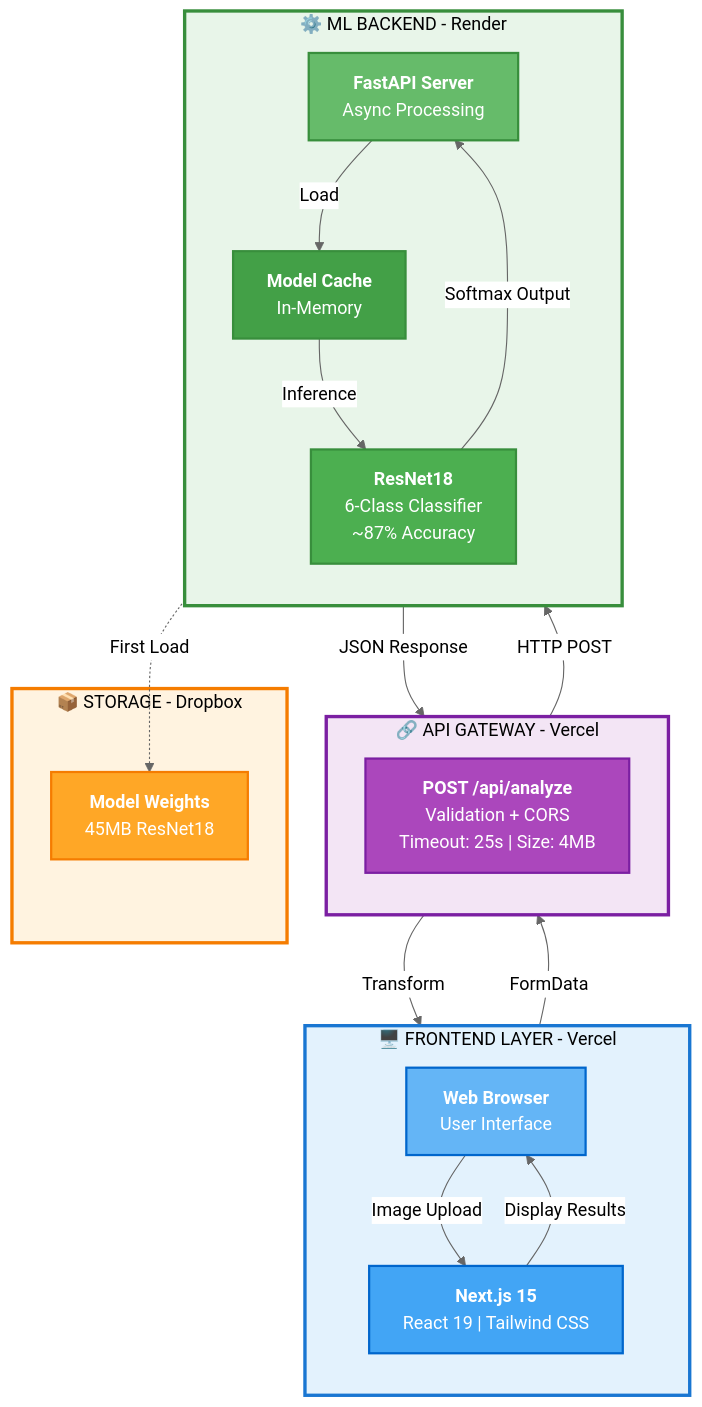
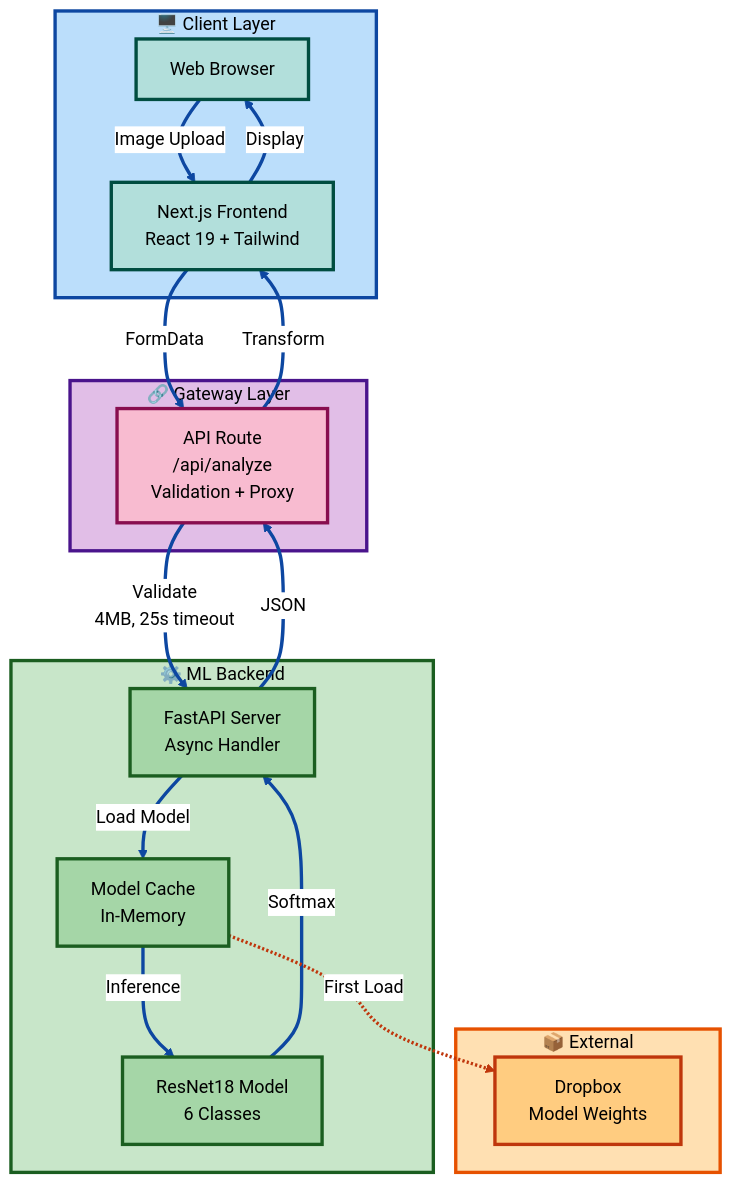
Before and after one commit to itssmdsh/MediScan: the first of 6 diagrams in DOCUMENTATION.md, drawn with Mermaid (neutral theme). The commit also changed other lines of this file, not shown here.

````diff
--- a/DOCUMENTATION.md
+++ b/DOCUMENTATION.md
@@ -82,48 +22,47 @@
 ```mermaid
 graph TB
-    subgraph Frontend["🖥️ FRONTEND LAYER - Vercel"]
-        direction TB
-        A["<b>Web Browser</b><br/>User Interface"]
-        B["<b>Next.js 15</b><br/>React 19 | Tailwind CSS"]
+    subgraph Client["🖥️ Client Layer"]
+        Browser["Web Browser"]
+        UI["Next.js Frontend<br/>React 19 + Tailwind"]
     end
     
-    subgraph Gateway["🔗 API GATEWAY - Vercel"]
-        direction TB
-        C["<b>POST /api/analyze</b><br/>Validation + CORS<br/>Timeout: 25s | Size: 4MB"]
+    subgraph Gateway["🔗 Gateway Layer"]
+        Route["API Route<br/>/api/analyze<br/>Validation + Proxy"]
     end
     
-    subgraph Backend["⚙️ ML BACKEND - Render"]
-        direction TB
-        D["<b>FastAPI Server</b><br/>Async Processing"]
-        E["<b>ResNet18</b><br/>6-Class Classifier<br/>~87% Accuracy"]
-        F["<b>Model Cache</b><br/>In-Memory"]
+    subgraph Backend["⚙️ ML Backend"]
+        FastAPI["FastAPI Server<br/>Async Handler"]
+        Model["ResNet18 Model<br/>6 Classes"]
+        Cache["Model Cache<br/>In-Memory"]
     end
     
-    subgraph Storage["📦 STORAGE - Dropbox"]
-        G["<b>Model Weights</b><br/>45MB ResNet18"]
+    subgraph External["📦 External"]
+        Dropbox["Dropbox<br/>Model Weights"]
     end
     
-    A -->|"Image Upload"| B
-    B -->|"FormData"| C
-    C -->|"HTTP POST"| D
-    D -->|"Load"| F
-    F -->|"Inference"| E
-    E -->|"Softmax Output"| D
-    D -->|"JSON Response"| C
-    C -->|"Transform"| B
-    B -->|"Display Results"| A
-    F -.->|"First Load"| G
+    Browser -->|Image Upload| UI
+    UI -->|FormData| Route
+    Route -->|Validate<br/>4MB, 25s timeout| FastAPI
+    FastAPI -->|Load Model| Cache
+    Cache -->|Inference| Model
+    Model -->|Softmax| FastAPI
+    FastAPI -->|JSON| Route
+    Route -->|Transform| UI
+    UI -->|Display| Browser
+    Cache -.->|First Load| Dropbox
     
-    style Frontend fill:#e3f2fd,stroke:#1976d2,stroke-width:3px,color:#000
-    style Gateway fill:#f3e5f5,stroke:#7b1fa2,stroke-width:3px,color:#000
-    style Backend fill:#e8f5e9,stroke:#388e3c,stroke-width:3px,color:#000
-    style Storage fill:#fff3e0,stroke:#f57c00,stroke-width:3px,color:#000
+    style Client fill:#bbdefb,stroke:#0d47a1,stroke-width:3px,color:#000
+    style Gateway fill:#e1bee7,stroke:#4a148c,stroke-width:3px,color:#000
+    style Backend fill:#c8e6c9,stroke:#1b5e20,stroke-width:3px,color:#000
+    style External fill:#ffe0b2,stroke:#e65100,stroke-width:3px,color:#000
+    style Browser fill:#b2dfdb,stroke:#004d40,stroke-width:3px,color:#000
+    style UI fill:#b2dfdb,stroke:#004d40,stroke-width:3px,color:#000
+    style Route fill:#f8bbd0,stroke:#880e4f,stroke-width:3px,color:#000
+    style FastAPI fill:#a5d6a7,stroke:#1b5e20,stroke-width:3px,color:#000
+    style Model fill:#a5d6a7,stroke:#1b5e20,stroke-width:3px,color:#000
+    style Cache fill:#a5d6a7,stroke:#1b5e20,stroke-width:3px,color:#000
+    style Dropbox fill:#ffcc80,stroke:#bf360c,stroke-width:3px,color:#000
     
-    style A fill:#64b5f6,stroke:#0066cc,stroke-width:2px,color:#fff
-    style B fill:#42a5f5,stroke:#0066cc,stroke-width:2px,color:#fff
-    style C fill:#ab47bc,stroke:#7b1fa2,stroke-width:2px,color:#fff
-    style D fill:#66bb6a,stroke:#388e3c,stroke-width:2px,color:#fff
-    style E fill:#4caf50,stroke:#388e3c,stroke-width:2px,color:#fff
-    style F fill:#43a047,stroke:#388e3c,stroke-width:2px,color:#fff
-    style G fill:#ffa726,stroke:#f57c00,stroke-width:2px,color:#fff
+    linkStyle 0,1,2,3,4,5,6,7,8 stroke:#0d47a1,stroke-width:3px
+    linkStyle 9 stroke:#bf360c,stroke-width:3px
 ```
````
